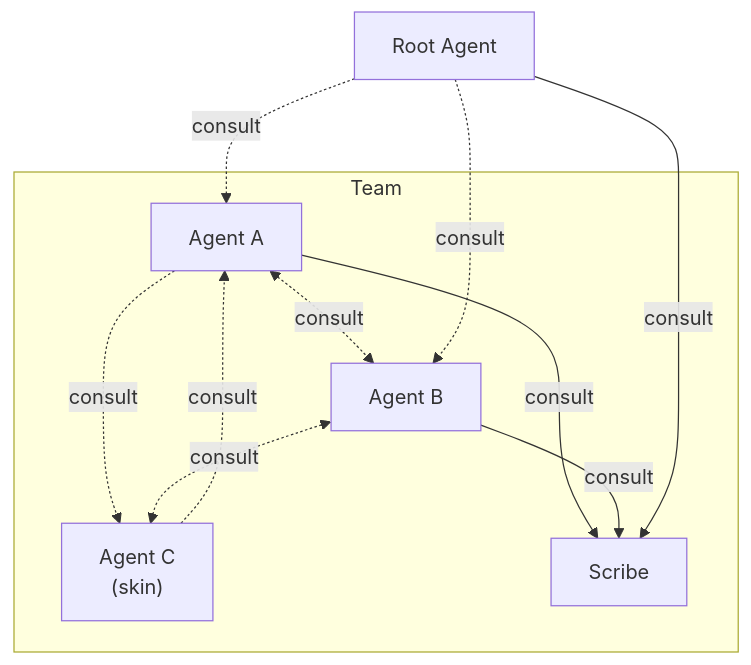
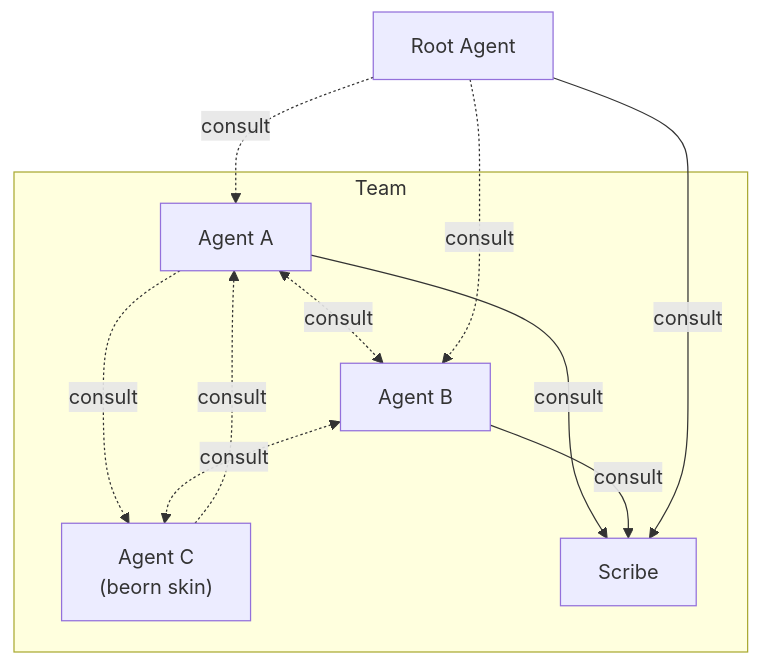
One commit to Kord96/kordinate changed the diagram in docs/framework/overview.md. Above: the diagram before and after it, drawn with Mermaid.

Commit message:
Docs: Agent C label → (beorn skin) [scribe]

````diff
--- a/docs/framework/overview.md
+++ b/docs/framework/overview.md
@@ -3,17 +3,17 @@
 ```mermaid
 flowchart TB
     ROOT[Root Agent]
 
     subgraph team[Team]
         A1[Agent A] <-.->|consult| A2[Agent B]
-        A1 -.->|consult| A3["Agent C\n(skin)"]
+        A1 -.->|consult| A3["Agent C\n(beorn skin)"]
         A3 -.->|consult| A1
         A2 <-.->|consult| A3
         A1 -->|consult| SC[Scribe]
         A2 -->|consult| SC
     end
 
     ROOT -.->|consult| A1
     ROOT -.->|consult| A2
     ROOT -->|consult| SC
 ```
````
